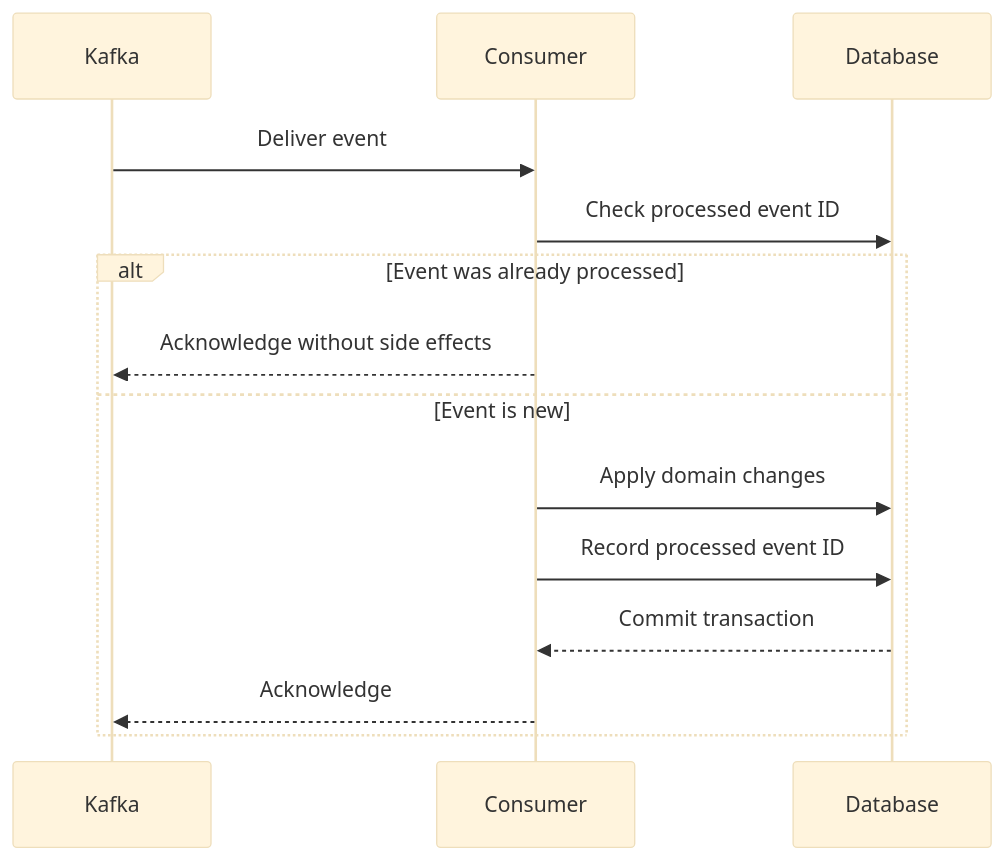
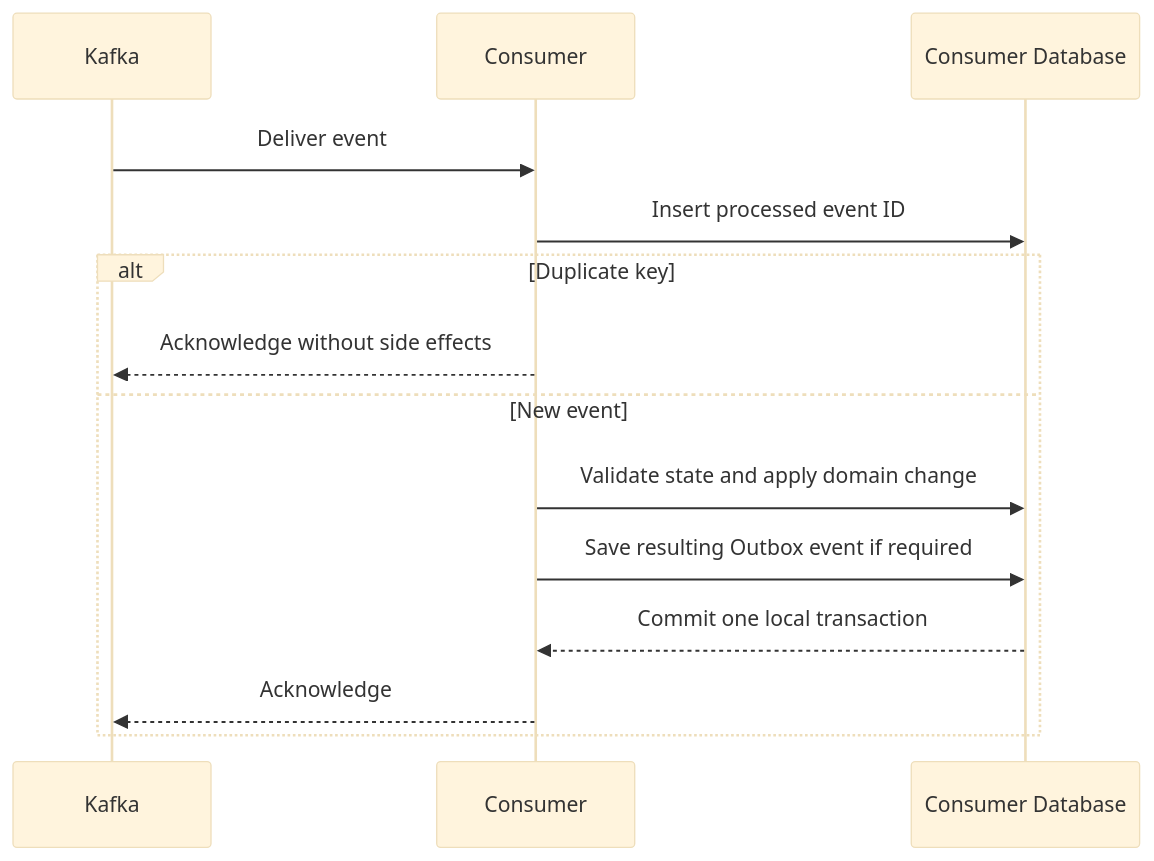
The ninth of 15 diagrams in docs/13_SEQUENCE_DIAGRAMS.md (HuyKunNe/cinema-system), drawn with Mermaid (base theme) before and after one commit. The commit also changed other lines of this file and 17 other files, not shown here.

````diff
--- a/docs/13_SEQUENCE_DIAGRAMS.md
+++ b/docs/13_SEQUENCE_DIAGRAMS.md
@@ -186,18 +265,18 @@
 ```mermaid
 sequenceDiagram
     participant Kafka
     participant Consumer
-    participant Database
+    participant DB as Consumer Database
 
     Kafka->>Consumer: Deliver event
-    Consumer->>Database: Check processed event ID
+    Consumer->>DB: Insert processed event ID
 
-    alt Event was already processed
+    alt Duplicate key
         Consumer-->>Kafka: Acknowledge without side effects
-    else Event is new
-        Consumer->>Database: Apply domain changes
-        Consumer->>Database: Record processed event ID
-        Database-->>Consumer: Commit transaction
+    else New event
+        Consumer->>DB: Validate state and apply domain change
+        Consumer->>DB: Save resulting Outbox event if required
+        DB-->>Consumer: Commit one local transaction
         Consumer-->>Kafka: Acknowledge
     end
 ```
````
